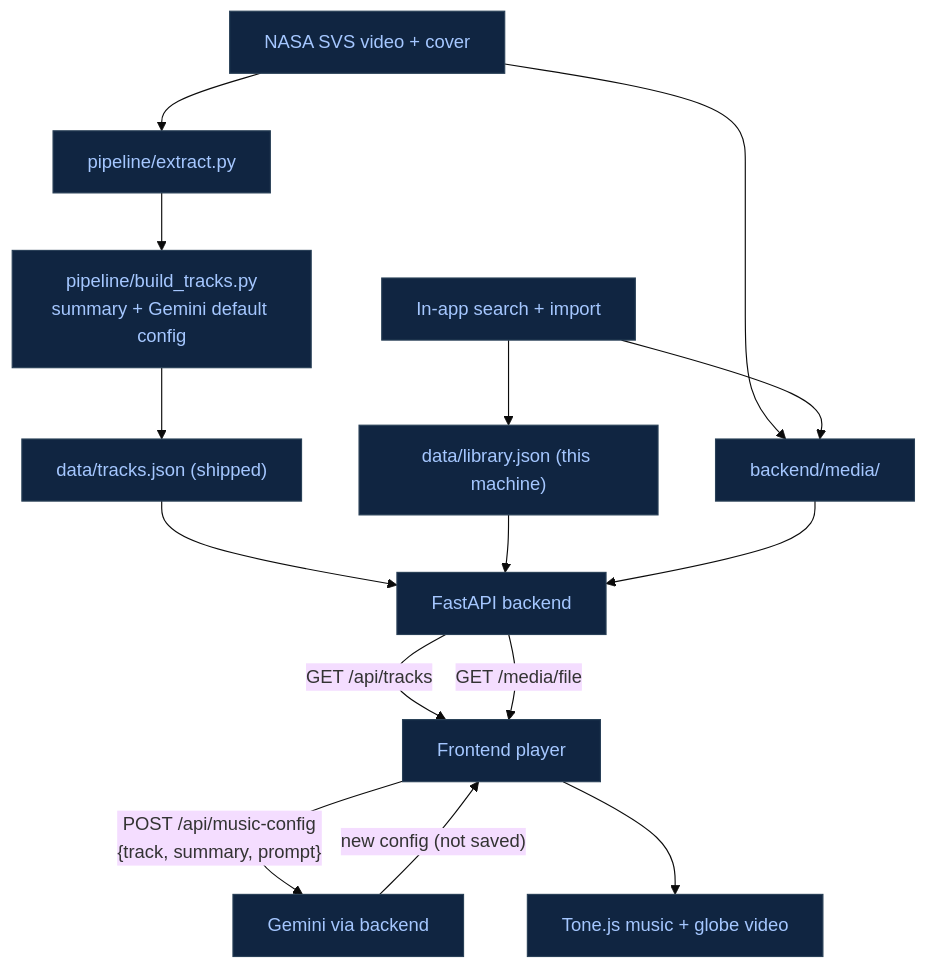
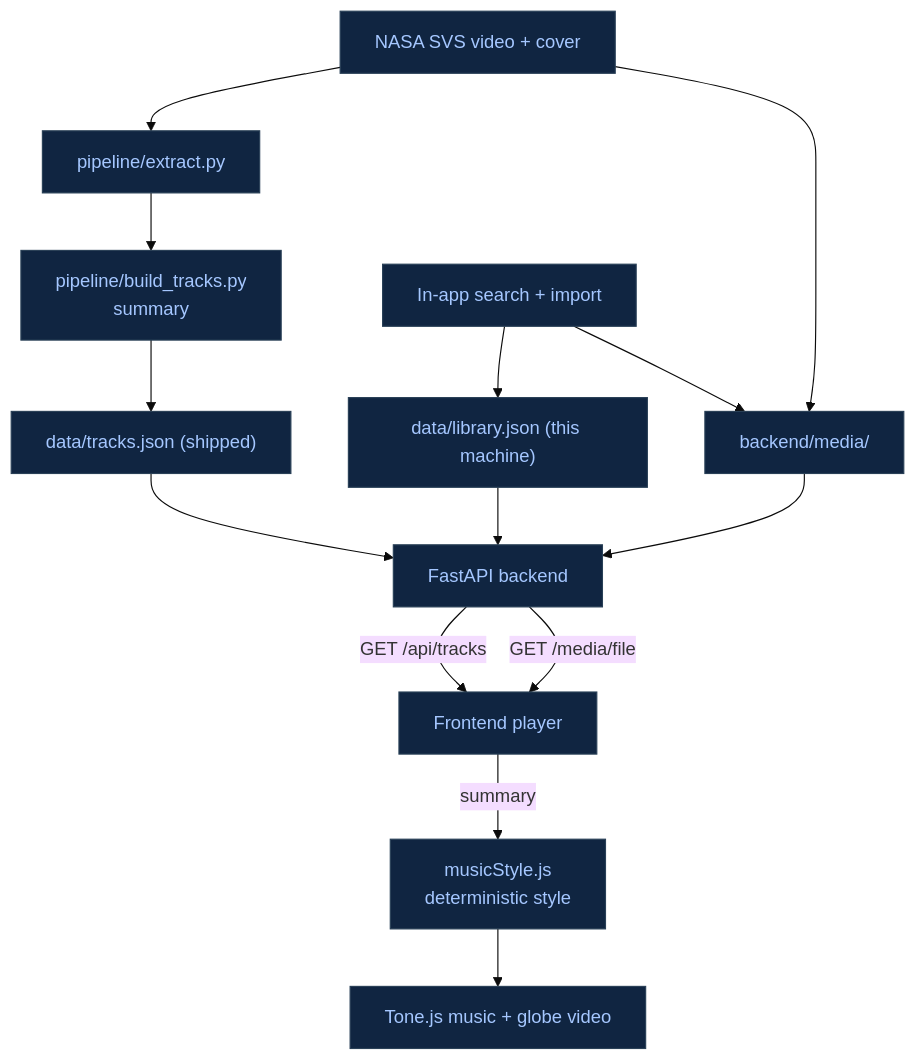
Before and after one commit to bruno-rosado/earth-fm-78.7: the diagram in docs/HOW_IT_WORKS.md, drawn with Mermaid (base theme). The commit also changed other lines of this file and 24 other files, not shown here.

````diff
--- a/docs/HOW_IT_WORKS.md
+++ b/docs/HOW_IT_WORKS.md
@@ -11,22 +11,21 @@
 ```mermaid
 flowchart TD
     NASA["NASA SVS video + cover"] --> Extract["pipeline/extract.py"]
-    Extract --> Build["pipeline/build_tracks.py<br/>summary + Gemini default config"]
+    Extract --> Build["pipeline/build_tracks.py<br/>summary"]
     Build --> Catalog["data/tracks.json (shipped)"]
     NASA --> Media["backend/media/"]
 
     Search["In-app search + import"] --> Library["data/library.json (this machine)"]
     Search --> Media
 
     Catalog --> Backend["FastAPI backend"]
     Library --> Backend
     Media --> Backend
 
     Backend -->|"GET /api/tracks"| Player["Frontend player"]
     Backend -->|"GET /media/file"| Player
-    Player -->|"POST /api/music-config<br/>{track, summary, prompt}"| Gemini["Gemini via backend"]
-    Gemini -->|"new config (not saved)"| Player
-    Player --> Live["Tone.js music + globe video"]
+    Player -->|"summary"| Style["musicStyle.js<br/>deterministic style"]
+    Style --> Live["Tone.js music + globe video"]
 
     classDef default fill:#102541,stroke:#294057,color:#a5c7ff;
 ```
````
